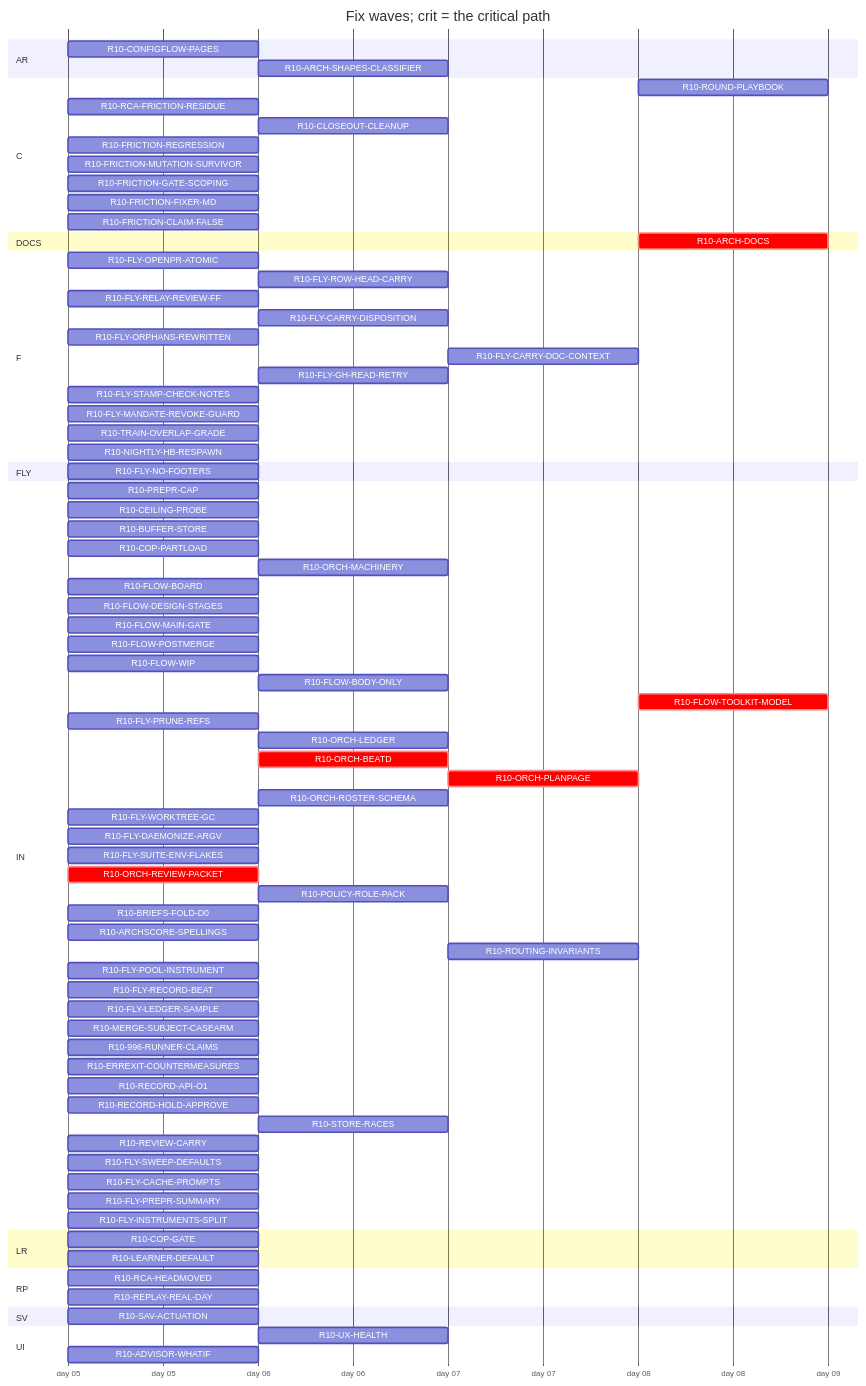
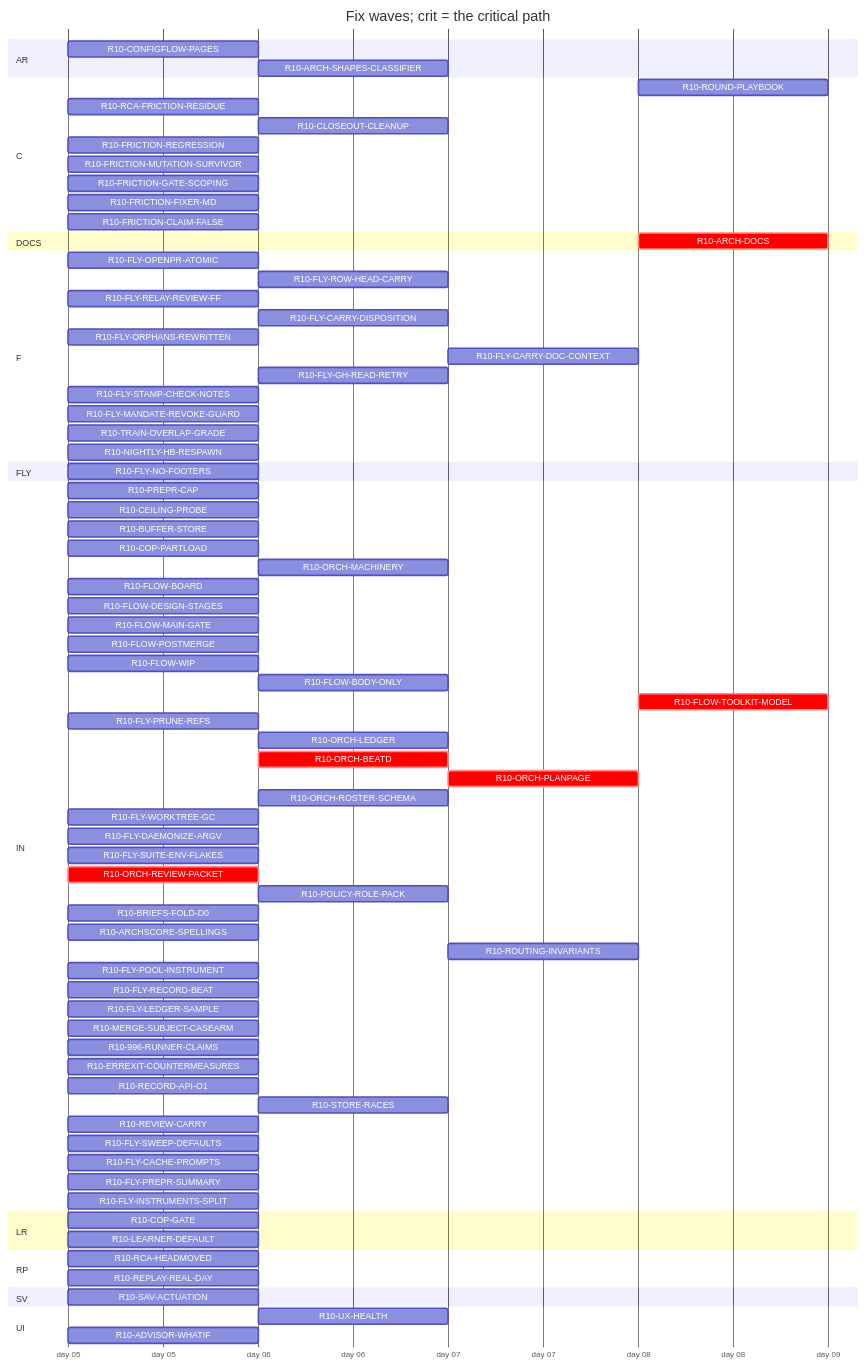
The diagram in handoff/round10/state/PLAN-TABLE.md (tvofi/heatpump_optimizer), drawn with Mermaid before and after one commit. The commit also changed other lines of this file and 3 other files, not shown here.

Commit message:
state: FLOW-BOARD.md, NEXT-SESSION-PROMPT.md, PLAN-TABLE.md, RESUME-CURRENT.md regenerated (state_docs.py)

```diff
--- a/handoff/round10/state/PLAN-TABLE.md
+++ b/handoff/round10/state/PLAN-TABLE.md
@@ -86,7 +86,6 @@
     R10-996-RUNNER-CLAIMS :r10996RUNNERCLAIMS, 2026-01-05, 1d
     R10-ERREXIT-COUNTERMEASURES :r10ERREXITCOUNTERMEASURES, 2026-01-05, 1d
     R10-RECORD-API-O1 :r10RECORDAPIO1, 2026-01-05, 1d
-    R10-RECORD-HOLD-APPROVE :r10RECORDHOLDAPPROVE, 2026-01-05, 1d
     R10-STORE-RACES :r10STORERACES, after r10BUFFERSTORE, 1d
     R10-REVIEW-CARRY :r10REVIEWCARRY, 2026-01-05, 1d
     R10-FLY-SWEEP-DEFAULTS :r10FLYSWEEPDEFAULTS, 2026-01-05, 1d
```
